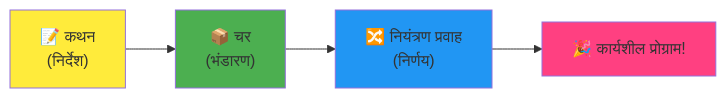
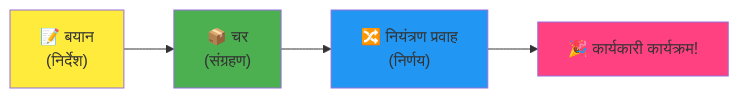
Before and after one commit to microsoft/Web-Dev-For-Beginners: the fourth of 7 diagrams in translations/hi/1-getting-started-lessons/1-intro-to-programming-languages/README.md, drawn with Mermaid. The commit also changed other lines of this file and 8 other files, not shown here.

````diff
--- a/translations/hi/1-getting-started-lessons/1-intro-to-programming-languages/README.md
+++ b/translations/hi/1-getting-started-lessons/1-intro-to-programming-languages/README.md
@@ -467,9 +466,9 @@
 ```mermaid
 flowchart LR
-    A["📝 कथन<br/>(निर्देश)"] --> B["📦 चर<br/>(भंडारण)"] --> C["🔀 नियंत्रण प्रवाह<br/>(निर्णय)"] --> D["🎉 कार्यशील प्रोग्राम!"]
+    A["📝 बयान<br/>(निर्देश)"] --> B["📦 चर<br/>(संग्रहण)"] --> C["🔀 नियंत्रण प्रवाह<br/>(निर्णय)"] --> D["🎉 कार्यकारी कार्यक्रम!"]
     
     style A fill:#ffeb3b
     style B fill:#4caf50
     style C fill:#2196f3
     style D fill:#ff4081
-```
+```  
````
